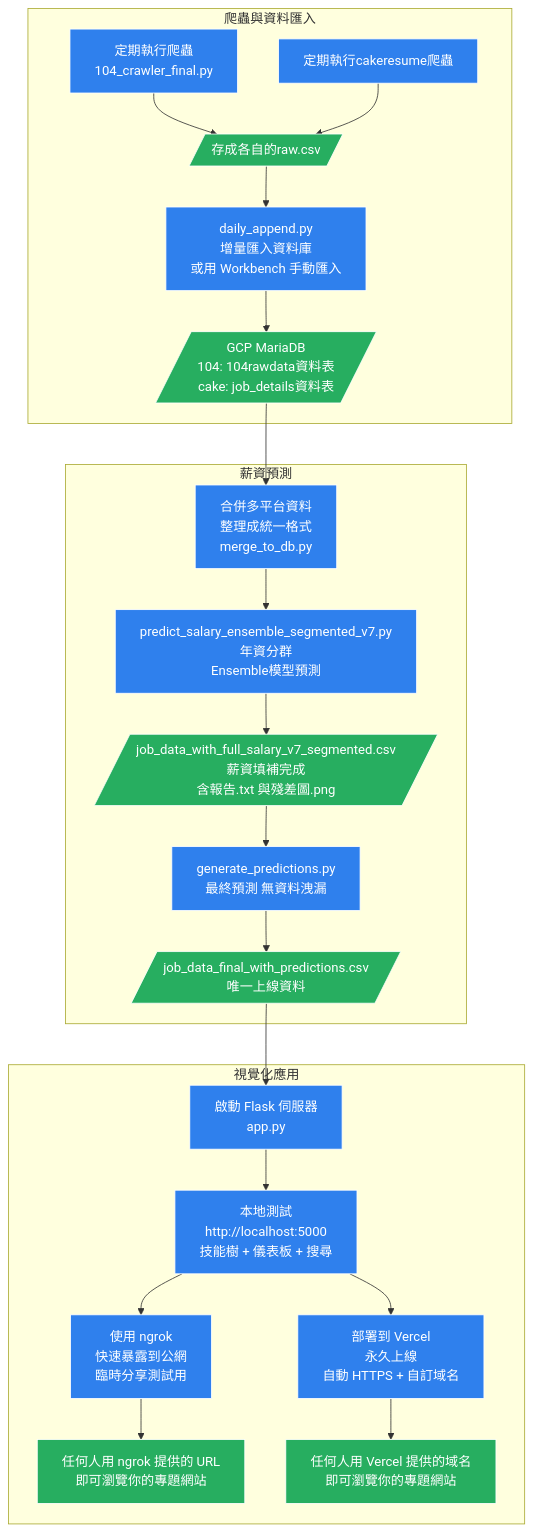
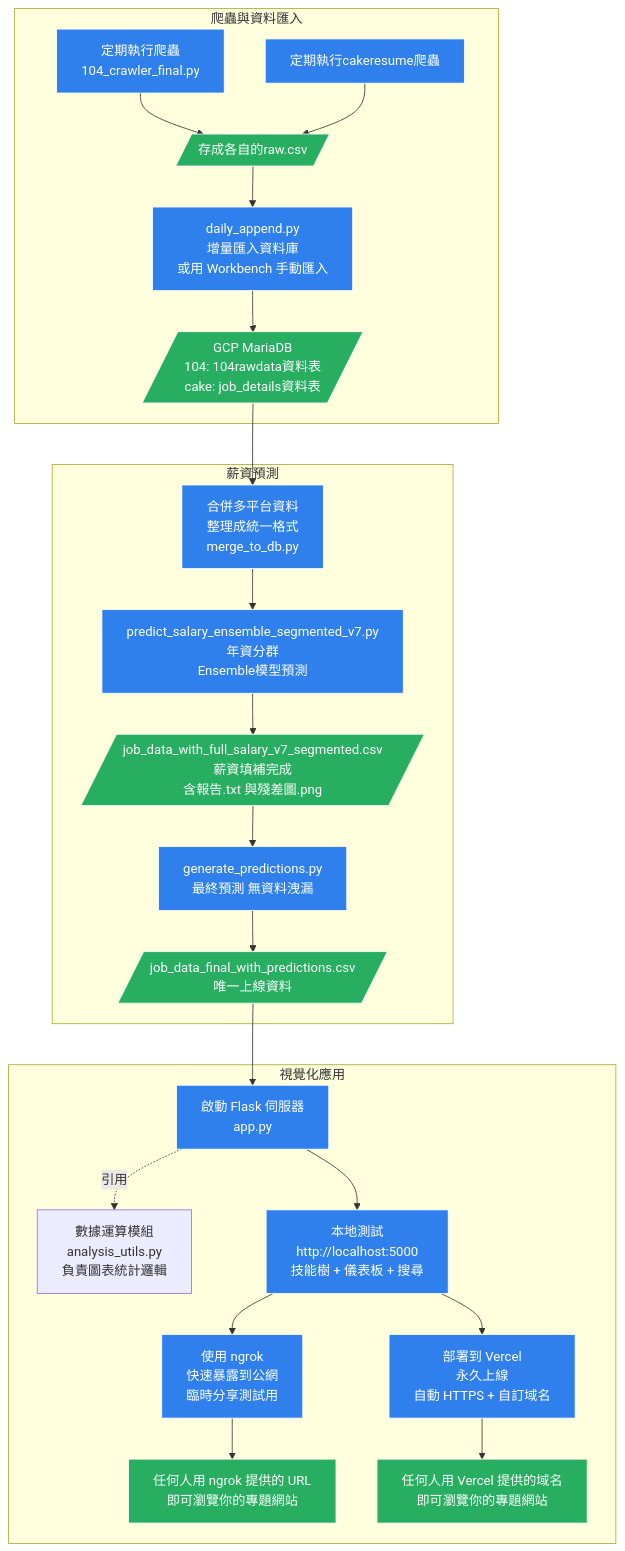
Before and after one commit to DataSideProject/WLS: the diagram in 104_jobdata_crawler_final/README.md, drawn with Mermaid.

Commit message:
Please enter the commit message for your changes. Lines starting with '#' will be ignored, and an empty message aborts the commit.
On branch main
Your branch is up to date with 'origin/main'.

Changes to be committed:
	modified:   104_jobdata_crawler_final/README.md

````diff
--- a/104_jobdata_crawler_final/README.md
+++ b/104_jobdata_crawler_final/README.md
@@ -18,35 +18,36 @@
 ```mermaid
 flowchart TD
     subgraph 爬蟲與資料匯入
         A[定期執行爬蟲<br>104_crawler_final.py]
         AA[定期執行cakeresume爬蟲<br>]
         A --> B[/存成各自的raw.csv<br>/]
         AA --> B
         B --> C[daily_append.py<br>增量匯入資料庫<br>或用 Workbench 手動匯入]
         C --> D[/GCP MariaDB<br>104: 104rawdata資料表<br>cake: job_details資料表/]
     end
 
     subgraph 薪資預測
         AB[合併多平台資料<br>整理成統一格式<br>merge_to_db.py]
         D --> AB
         AB --> E[predict_salary_ensemble_segmented_v7.py<br>年資分群<br>Ensemble模型預測]
         E --> F[/job_data_with_full_salary_v7_segmented.csv<br>薪資填補完成<br>含報告.txt 與殘差圖.png/]
         F --> G[generate_predictions.py<br>最終預測 無資料洩漏]
         G --> H[/job_data_final_with_predictions.csv<br>唯一上線資料/]
     end
 
     subgraph 視覺化應用
         H --> I[啟動 Flask 伺服器<br>app.py]
+        I -. 引用 .-> I_utils[數據運算模組<br>analysis_utils.py<br>負責圖表統計邏輯]
         I --> J[本地測試<br>http://localhost:5000<br>技能樹 + 儀表板 + 搜尋]
         J --> K1[使用 ngrok<br>快速暴露到公網<br>臨時分享測試用]
         J --> K2[部署到 Vercel<br>永久上線<br>自動 HTTPS + 自訂域名]
         K1 --> L[任何人用 ngrok 提供的 URL<br>即可瀏覽你的專題網站]
         K2 --> M[任何人用 Vercel 提供的域名<br>即可瀏覽你的專題網站]
     end
 
     classDef process fill:#2F80ED,stroke:#fff,color:#fff
     classDef file fill:#27AE60,stroke:#fff,color:#fff
 
     class A,AA,AB,C,E,G,I,J,K1,K2 process
     class B,D,F,H,L,M file
 ```
````
